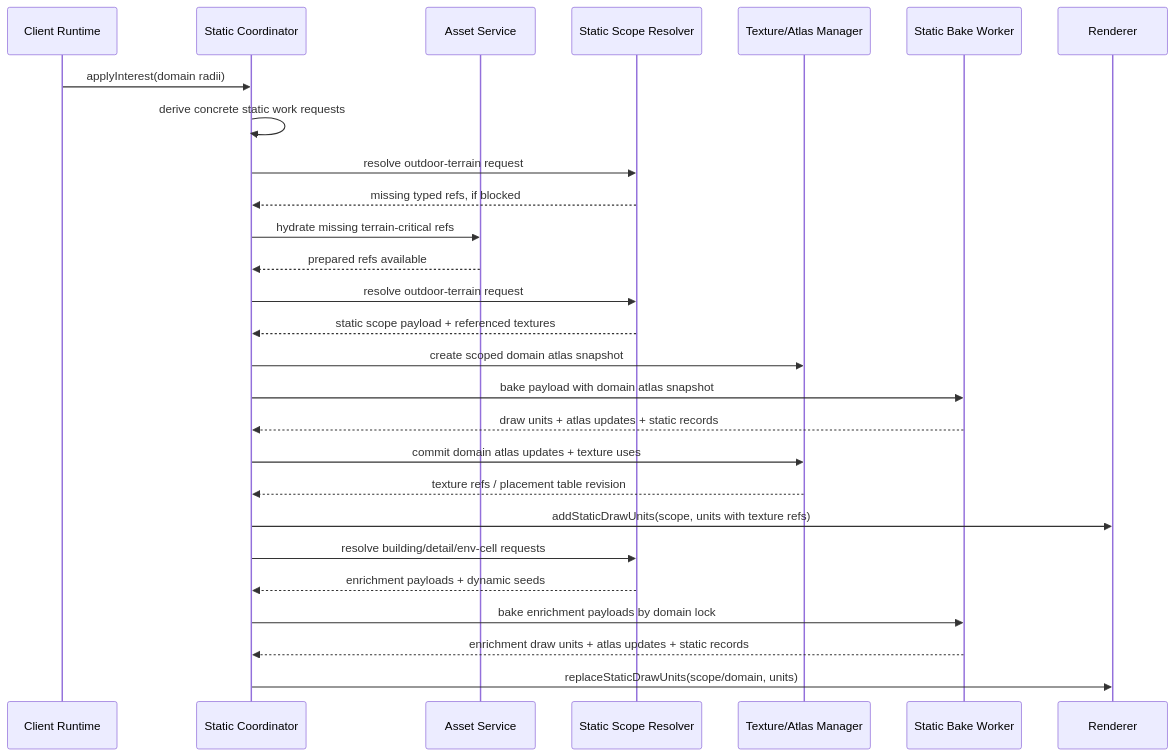
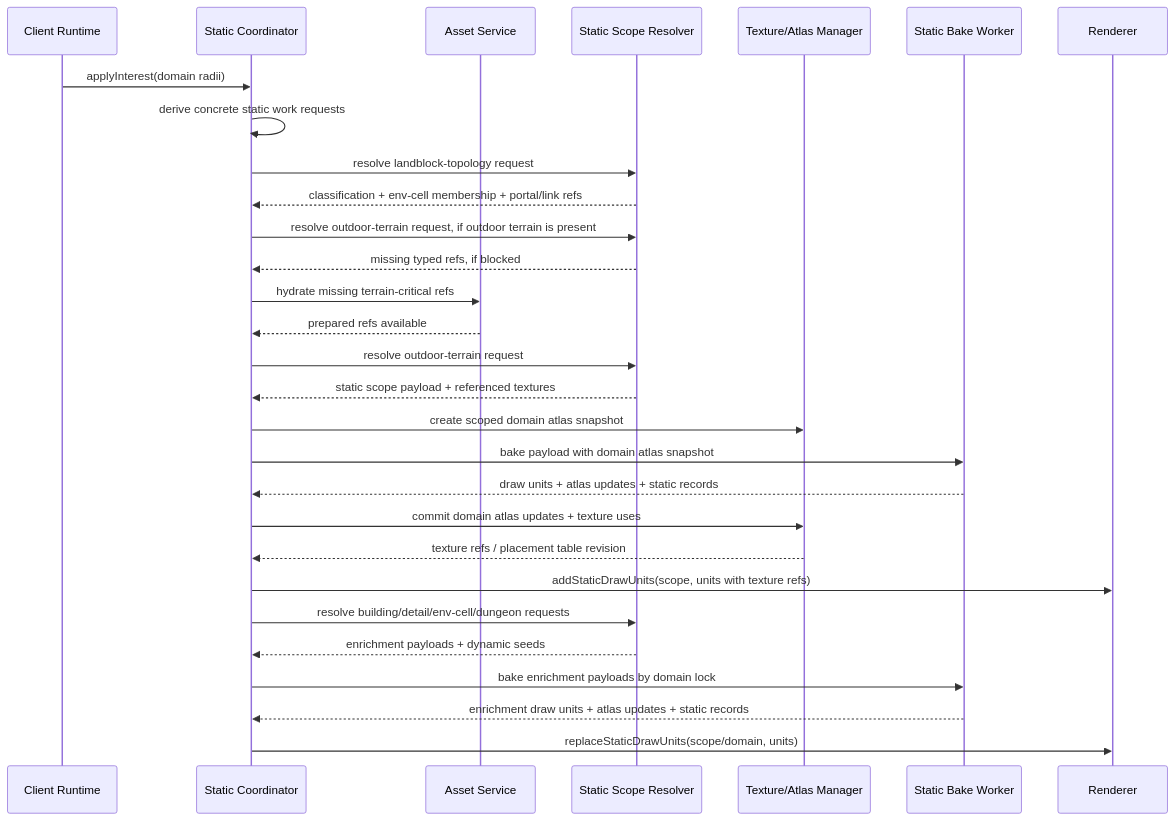
The ninth of 22 diagrams in docs/plans/holtburger-3d-frontend-v2-design.md (merklejerk/holtburger), drawn with Mermaid before and after one commit. The commit also changed other lines of this file and 1 other file, not shown here.

````diff
--- a/docs/plans/holtburger-3d-frontend-v2-design.md
+++ b/docs/plans/holtburger-3d-frontend-v2-design.md
@@ -699,30 +728,32 @@
 ```mermaid
 sequenceDiagram
   participant Runtime as Client Runtime
   participant Static as Static Coordinator
   participant Assets as Asset Service
   participant Resolver as Static Scope Resolver
   participant Textures as Texture/Atlas Manager
   participant Baker as Static Bake Worker
   participant Renderer as Renderer
 
   Runtime->>Static: applyInterest(domain radii)
   Static->>Static: derive concrete static work requests
-  Static->>Resolver: resolve outdoor-terrain request
+  Static->>Resolver: resolve landblock-topology request
+  Resolver-->>Static: classification + env-cell membership + portal/link refs
+  Static->>Resolver: resolve outdoor-terrain request, if outdoor terrain is present
   Resolver-->>Static: missing typed refs, if blocked
   Static->>Assets: hydrate missing terrain-critical refs
   Assets-->>Static: prepared refs available
   Static->>Resolver: resolve outdoor-terrain request
   Resolver-->>Static: static scope payload + referenced textures
   Static->>Textures: create scoped domain atlas snapshot
   Static->>Baker: bake payload with domain atlas snapshot
   Baker-->>Static: draw units + atlas updates + static records
   Static->>Textures: commit domain atlas updates + texture uses
   Textures-->>Static: texture refs / placement table revision
   Static->>Renderer: addStaticDrawUnits(scope, units with texture refs)
-  Static->>Resolver: resolve building/detail/env-cell requests
+  Static->>Resolver: resolve building/detail/env-cell/dungeon requests
   Resolver-->>Static: enrichment payloads + dynamic seeds
   Static->>Baker: bake enrichment payloads by domain lock
   Baker-->>Static: enrichment draw units + atlas updates + static records
   Static->>Renderer: replaceStaticDrawUnits(scope/domain, units)
 ```
````
